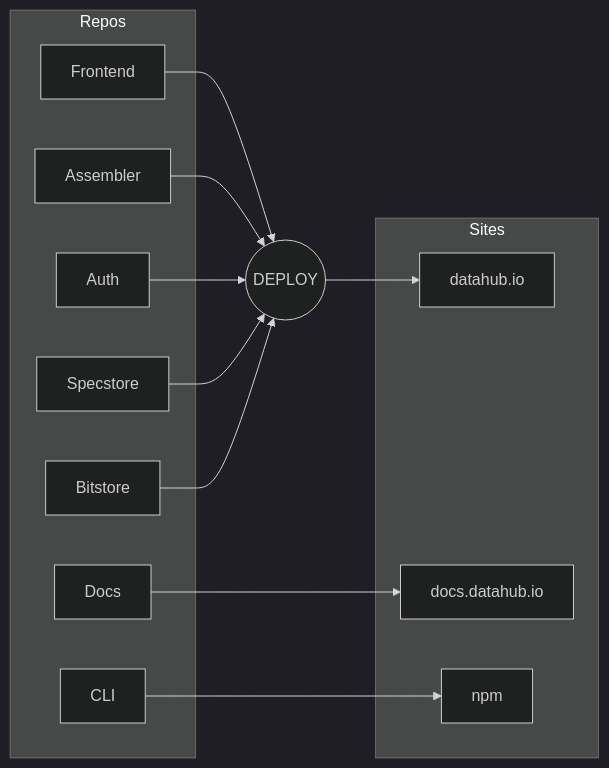
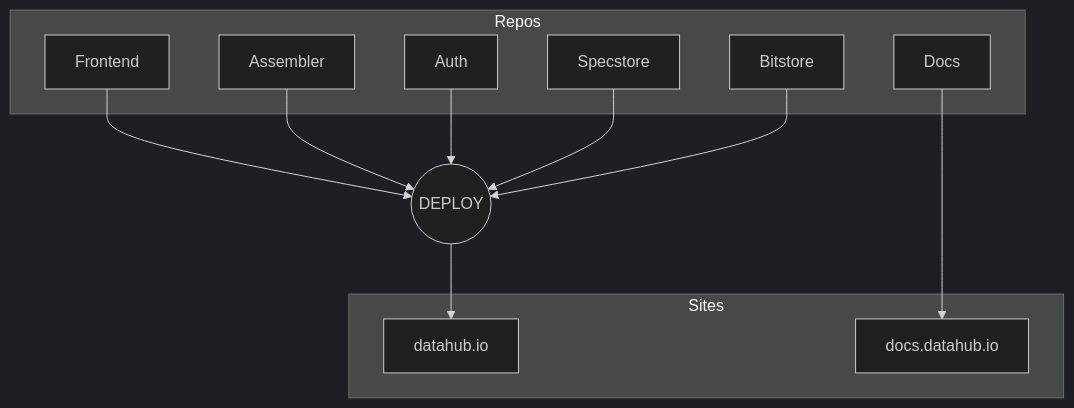
Before and after one commit to datopian/datahub-docs-tech: the diagram in docs/developers/index.md, drawn with Mermaid (dark theme). The commit also changed other lines of this file and 2 other files, not shown here.

```diff
--- a/docs/developers/index.md
+++ b/docs/developers/index.md
@@ -26,29 +26,27 @@
 <div class="mermaid">
-graph LR
+graph TD
 
 subgraph Repos
   frontend[Frontend]
   assembler[Assembler]
   auth[Auth]
   specstore[Specstore]
   bitstore[Bitstore]
   docs[Docs]
-  cli[CLI]
 end
 
 subgraph Sites
   dhio[datahub.io]
   dhdocs[docs.datahub.io]
-  cli --> npm
   docs --> dhdocs
 end
 
 deploy((DEPLOY))
 deploy --> dhio
 frontend --> deploy
 assembler --> deploy
 auth --> deploy
 specstore --> deploy
 bitstore --> deploy
 
 </div>
```
